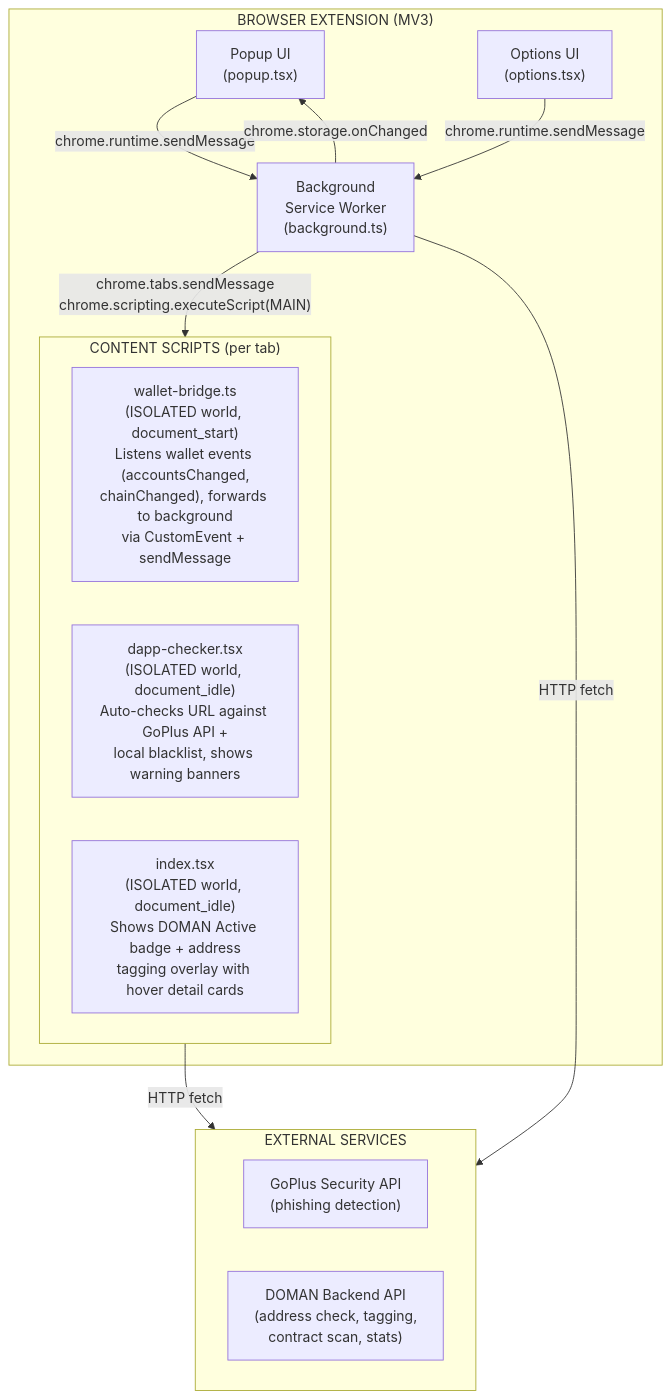
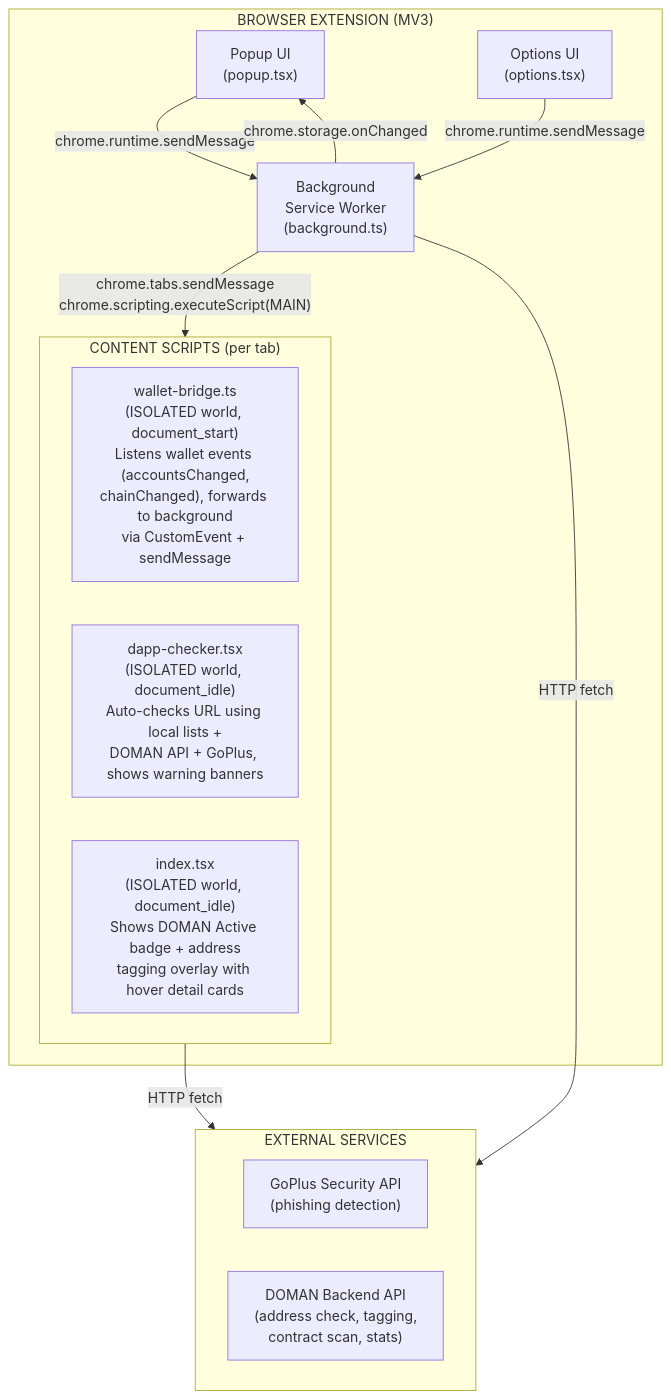
Before and after one commit to domanprotocol/docs: the diagram in docs/extension/index.md, drawn with Mermaid. The commit also changed other lines of this file and 6 other files, not shown here.

````diff
--- a/docs/extension/index.md
+++ b/docs/extension/index.md
@@ -37,25 +38,25 @@
 ```mermaid
 graph TD
     subgraph BrowserExtension["BROWSER EXTENSION (MV3)"]
         Popup["Popup UI<br/>(popup.tsx)"]
         Options["Options UI<br/>(options.tsx)"]
         Background["Background<br/>Service Worker<br/>(background.ts)"]
         subgraph ContentScripts["CONTENT SCRIPTS (per tab)"]
             WalletBridge["wallet-bridge.ts<br/>(ISOLATED world, document_start)<br/>Listens wallet events (accountsChanged,<br/>chainChanged), forwards to background<br/>via CustomEvent + sendMessage"]
-            DappChecker["dapp-checker.tsx<br/>(ISOLATED world, document_idle)<br/>Auto-checks URL against GoPlus API +<br/>local blacklist, shows warning banners"]
+            DappChecker["dapp-checker.tsx<br/>(ISOLATED world, document_idle)<br/>Auto-checks URL using local lists +<br/>DOMAN API + GoPlus, shows warning banners"]
             IndexOverlay["index.tsx<br/>(ISOLATED world, document_idle)<br/>Shows DOMAN Active badge + address<br/>tagging overlay with hover detail cards"]
         end
     end
 
     subgraph ExternalServices["EXTERNAL SERVICES"]
         GoPlus["GoPlus Security API<br/>(phishing detection)"]
         DomanBackend["DOMAN Backend API<br/>(address check, tagging,<br/>contract scan, stats)"]
     end
 
     Popup -->|"chrome.runtime.sendMessage"| Background
     Background -->|"chrome.storage.onChanged"| Popup
     Options -->|"chrome.runtime.sendMessage"| Background
     Background -->|"chrome.tabs.sendMessage<br/>chrome.scripting.executeScript(MAIN)"| ContentScripts
     ContentScripts -->|"HTTP fetch"| ExternalServices
     Background -->|"HTTP fetch"| ExternalServices
 ```
````
